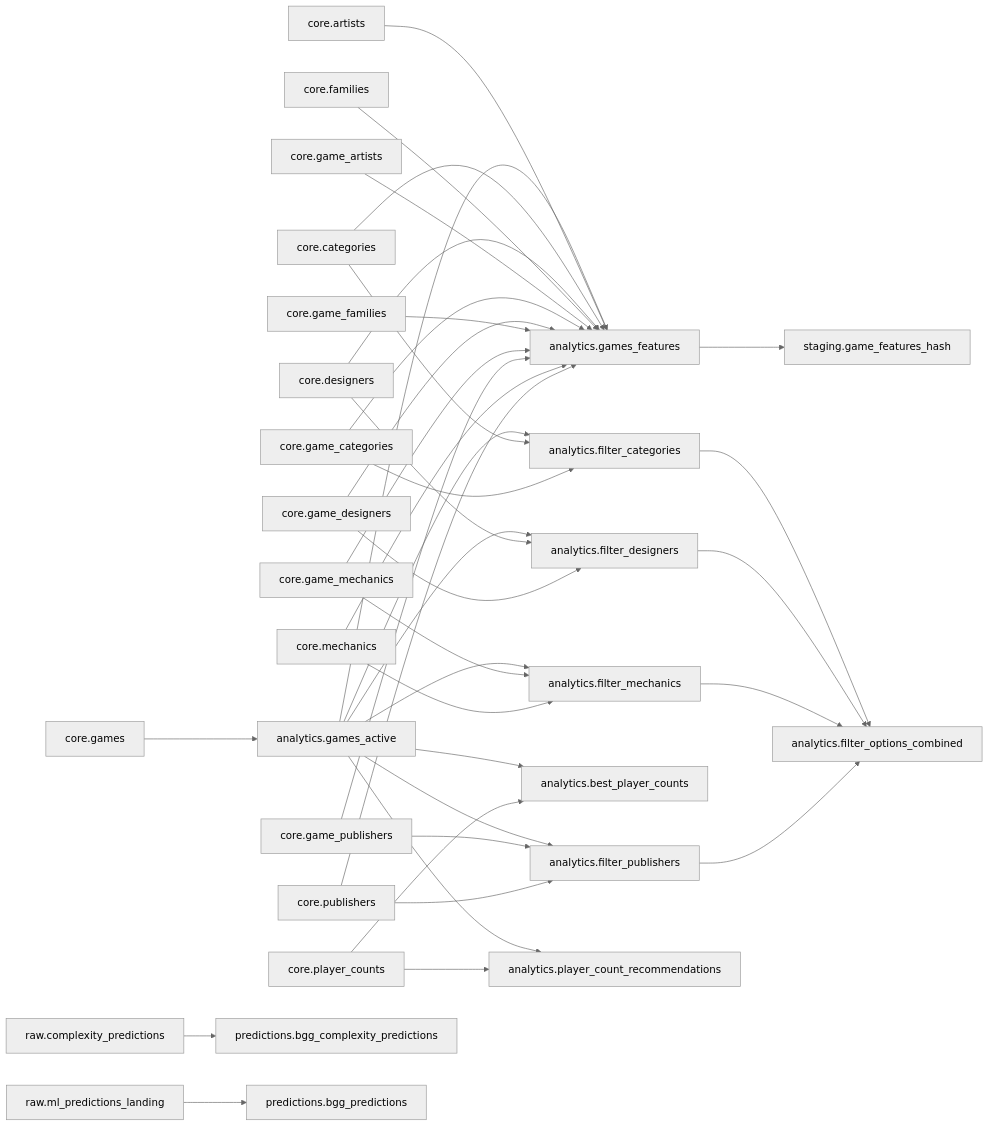
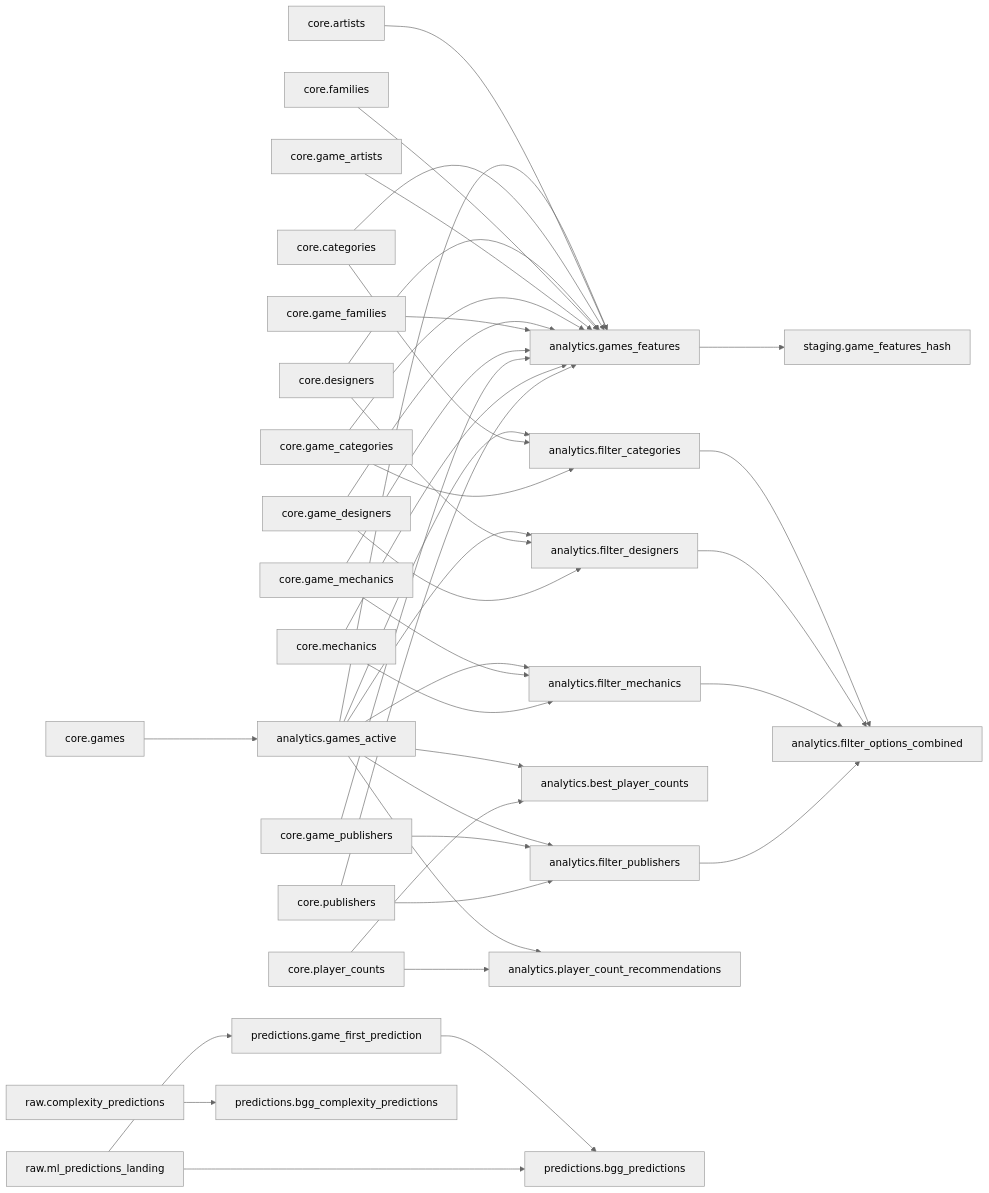
Before and after one commit to phenrickson/bgg-data-warehouse: the diagram in docs/lineage.md, drawn with Mermaid (neutral theme). The commit also changed 1 other file, not shown here.

Commit message:
Update Dataform lineage diagram [skip ci]

````diff
--- a/docs/lineage.md
+++ b/docs/lineage.md
@@ -3,40 +3,42 @@
 ```mermaid
 graph LR
     analytics__filter_categories["analytics.filter_categories"] --> analytics__filter_options_combined["analytics.filter_options_combined"]
     analytics__filter_designers["analytics.filter_designers"] --> analytics__filter_options_combined["analytics.filter_options_combined"]
     analytics__filter_mechanics["analytics.filter_mechanics"] --> analytics__filter_options_combined["analytics.filter_options_combined"]
     analytics__filter_publishers["analytics.filter_publishers"] --> analytics__filter_options_combined["analytics.filter_options_combined"]
     analytics__games_active["analytics.games_active"] --> analytics__best_player_counts["analytics.best_player_counts"]
     analytics__games_active["analytics.games_active"] --> analytics__filter_categories["analytics.filter_categories"]
     analytics__games_active["analytics.games_active"] --> analytics__filter_designers["analytics.filter_designers"]
     analytics__games_active["analytics.games_active"] --> analytics__filter_mechanics["analytics.filter_mechanics"]
     analytics__games_active["analytics.games_active"] --> analytics__filter_publishers["analytics.filter_publishers"]
     analytics__games_active["analytics.games_active"] --> analytics__games_features["analytics.games_features"]
     analytics__games_active["analytics.games_active"] --> analytics__player_count_recommendations["analytics.player_count_recommendations"]
     analytics__games_features["analytics.games_features"] --> staging__game_features_hash["staging.game_features_hash"]
     core__artists["core.artists"] --> analytics__games_features["analytics.games_features"]
     core__categories["core.categories"] --> analytics__filter_categories["analytics.filter_categories"]
     core__categories["core.categories"] --> analytics__games_features["analytics.games_features"]
     core__designers["core.designers"] --> analytics__filter_designers["analytics.filter_designers"]
     core__designers["core.designers"] --> analytics__games_features["analytics.games_features"]
     core__families["core.families"] --> analytics__games_features["analytics.games_features"]
     core__game_artists["core.game_artists"] --> analytics__games_features["analytics.games_features"]
     core__game_categories["core.game_categories"] --> analytics__filter_categories["analytics.filter_categories"]
     core__game_categories["core.game_categories"] --> analytics__games_features["analytics.games_features"]
     core__game_designers["core.game_designers"] --> analytics__filter_designers["analytics.filter_designers"]
     core__game_designers["core.game_designers"] --> analytics__games_features["analytics.games_features"]
     core__game_families["core.game_families"] --> analytics__games_features["analytics.games_features"]
     core__game_mechanics["core.game_mechanics"] --> analytics__filter_mechanics["analytics.filter_mechanics"]
     core__game_mechanics["core.game_mechanics"] --> analytics__games_features["analytics.games_features"]
     core__game_publishers["core.game_publishers"] --> analytics__filter_publishers["analytics.filter_publishers"]
     core__game_publishers["core.game_publishers"] --> analytics__games_features["analytics.games_features"]
     core__games["core.games"] --> analytics__games_active["analytics.games_active"]
     core__mechanics["core.mechanics"] --> analytics__filter_mechanics["analytics.filter_mechanics"]
     core__mechanics["core.mechanics"] --> analytics__games_features["analytics.games_features"]
     core__player_counts["core.player_counts"] --> analytics__best_player_counts["analytics.best_player_counts"]
     core__player_counts["core.player_counts"] --> analytics__player_count_recommendations["analytics.player_count_recommendations"]
     core__publishers["core.publishers"] --> analytics__filter_publishers["analytics.filter_publishers"]
     core__publishers["core.publishers"] --> analytics__games_features["analytics.games_features"]
+    predictions__game_first_prediction["predictions.game_first_prediction"] --> predictions__bgg_predictions["predictions.bgg_predictions"]
     raw__complexity_predictions["raw.complexity_predictions"] --> predictions__bgg_complexity_predictions["predictions.bgg_complexity_predictions"]
     raw__ml_predictions_landing["raw.ml_predictions_landing"] --> predictions__bgg_predictions["predictions.bgg_predictions"]
+    raw__ml_predictions_landing["raw.ml_predictions_landing"] --> predictions__game_first_prediction["predictions.game_first_prediction"]
 ```
````
